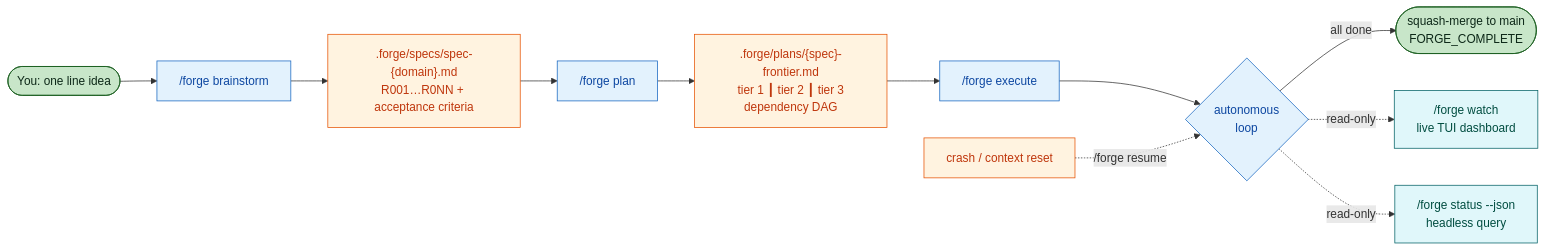
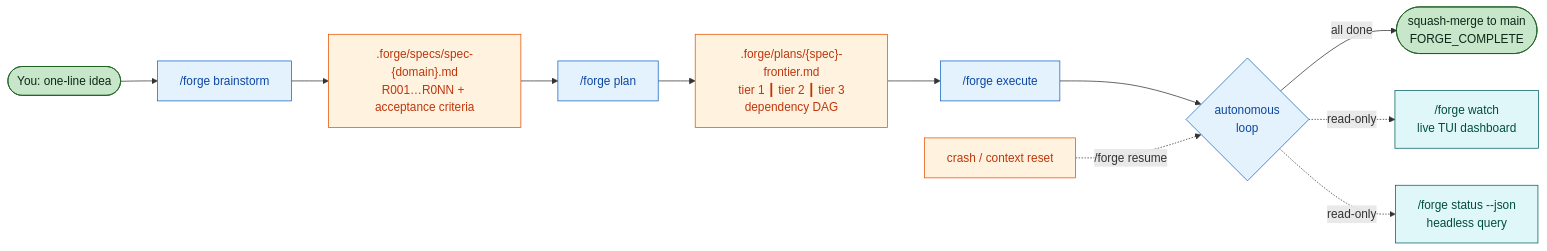
One commit to LucasDuys/forge changed the diagram in README.md. Above: the diagram before and after it, drawn with Mermaid. The commit also changed other lines of this file, not shown here.

````diff
--- a/README.md
+++ b/README.md
@@ -368,24 +163,24 @@
 ```mermaid
 flowchart LR
-    User([You: one line idea]) --> Bs["/forge brainstorm"]
+    User([You: one-line idea]) --> Bs["/forge brainstorm"]
     Bs --> Spec[".forge/specs/spec-{domain}.md<br/>R001…R0NN + acceptance criteria"]
     Spec --> Plan["/forge plan"]
     Plan --> Frontier[".forge/plans/{spec}-frontier.md<br/>tier 1 ┃ tier 2 ┃ tier 3<br/>dependency DAG"]
     Frontier --> Exec["/forge execute"]
     Exec --> Loop{"autonomous<br/>loop"}
     Loop -->|all done| Done([squash-merge to main<br/>FORGE_COMPLETE])
     Loop -.->|read-only| Watch["/forge watch<br/>live TUI dashboard"]
     Loop -.->|read-only| Headless["/forge status --json<br/>headless query"]
     Crash[crash / context reset] -.->|/forge resume| Loop
 
     classDef cmd fill:#e3f2fd,stroke:#1565c0,color:#0d47a1
     classDef state fill:#fff3e0,stroke:#e65100,color:#bf360c
     classDef ui fill:#e0f7fa,stroke:#006064,color:#004d40
     classDef done fill:#c8e6c9,stroke:#1b5e20,color:#0d2818
 
     class Bs,Plan,Exec,Loop cmd
     class Spec,Frontier state
     class Watch,Headless ui
     class Done,User done
     class Crash state
 ```
````
